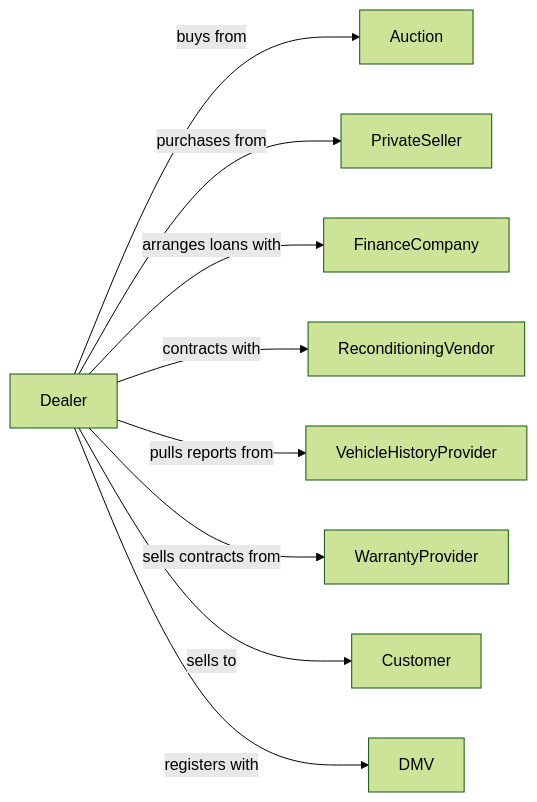
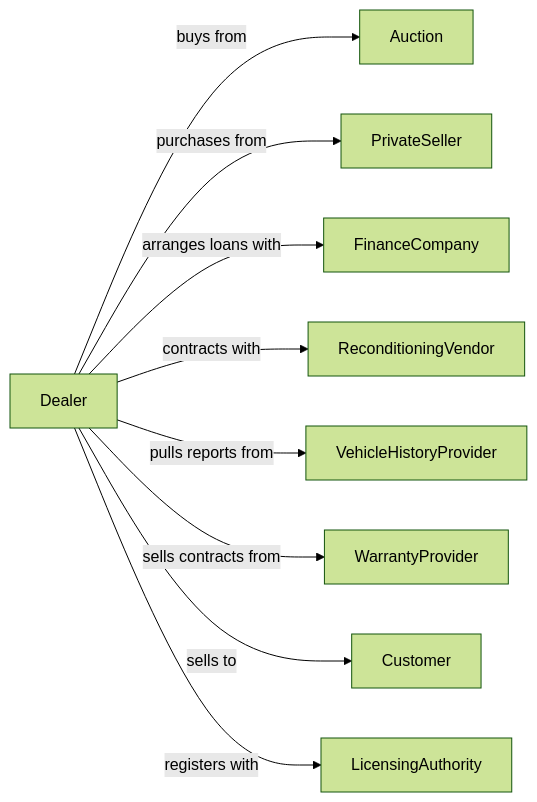
Before and after one commit to dot-org-ai/industries.org.ai: the second of 2 diagrams in RetailTrade/MotorVehicleAndPartsDealers/AutomobileDealers/UsedCarDealers.mdx, drawn with Mermaid (forest theme). The commit also changed other lines of this file and 639 other files, not shown here.

````diff
--- a/RetailTrade/MotorVehicleAndPartsDealers/AutomobileDealers/UsedCarDealers.mdx
+++ b/RetailTrade/MotorVehicleAndPartsDealers/AutomobileDealers/UsedCarDealers.mdx
@@ -139,13 +139,13 @@
 ```mermaid
 graph LR
     D[Dealer]
 
     D -->|buys from| Auction
     D -->|purchases from| PrivateSeller
     D -->|arranges loans with| FinanceCompany
     D -->|contracts with| ReconditioningVendor
     D -->|pulls reports from| VehicleHistoryProvider
     D -->|sells contracts from| WarrantyProvider
     D -->|sells to| Customer
-    D -->|registers with| DMV
+    D -->|registers with| LicensingAuthority
 ```
````
